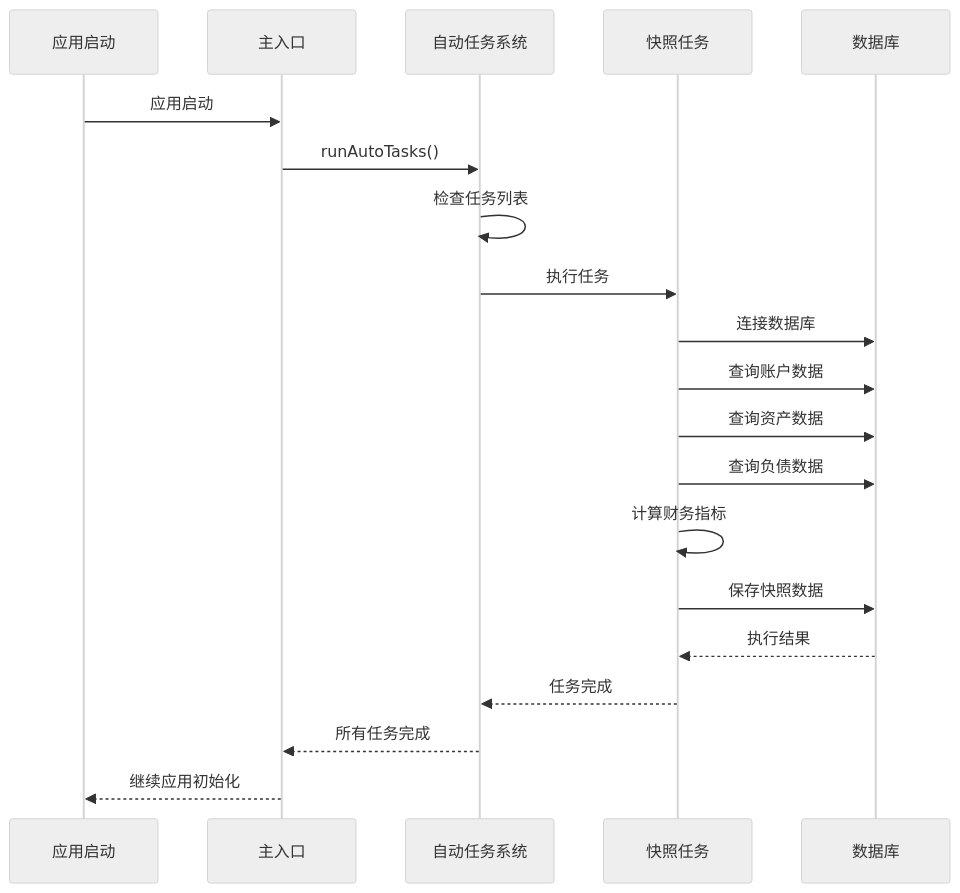
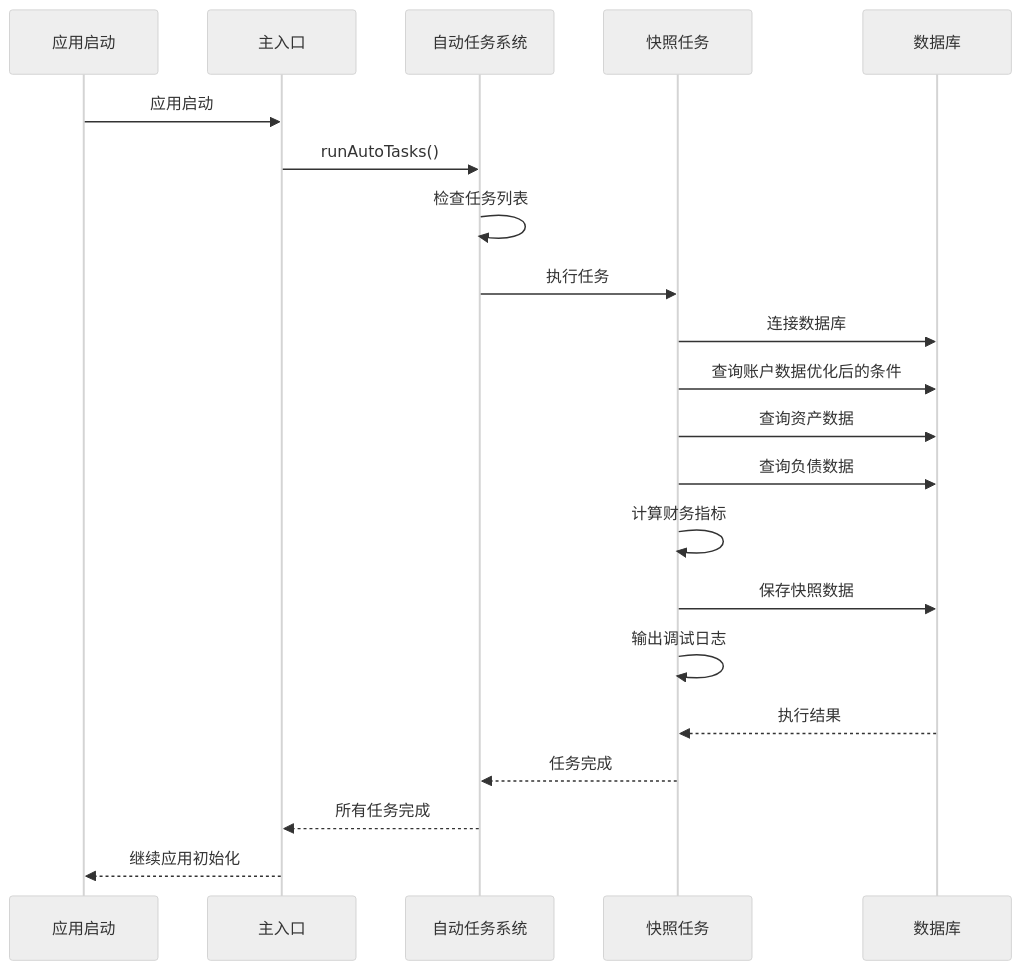
The second of 6 diagrams in .qoder/repowiki/zh/content/架构设计/自动化任务系统.md (xiao-lin-unit/yuan), drawn with Mermaid (neutral theme) before and after one commit. The commit also changed other lines of this file and 6 other files, not shown here.

````diff
--- a/.qoder/repowiki/zh/content/架构设计/自动化任务系统.md
+++ b/.qoder/repowiki/zh/content/架构设计/自动化任务系统.md
@@ -102,22 +114,23 @@
 ```mermaid
 sequenceDiagram
 participant App as 应用启动
 participant Main as 主入口
 participant Auto as 自动任务系统
 participant Task as 快照任务
 participant DB as 数据库
 App->>Main : 应用启动
 Main->>Auto : runAutoTasks()
 Auto->>Auto : 检查任务列表
 Auto->>Task : 执行任务
 Task->>DB : 连接数据库
-Task->>DB : 查询账户数据
+Task->>DB : 查询账户数据优化后的条件
 Task->>DB : 查询资产数据
 Task->>DB : 查询负债数据
 Task->>Task : 计算财务指标
 Task->>DB : 保存快照数据
+Task->>Task : 输出调试日志
 DB-->>Task : 执行结果
 Task-->>Auto : 任务完成
 Auto-->>Main : 所有任务完成
 Main-->>App : 继续应用初始化
 ```
````
